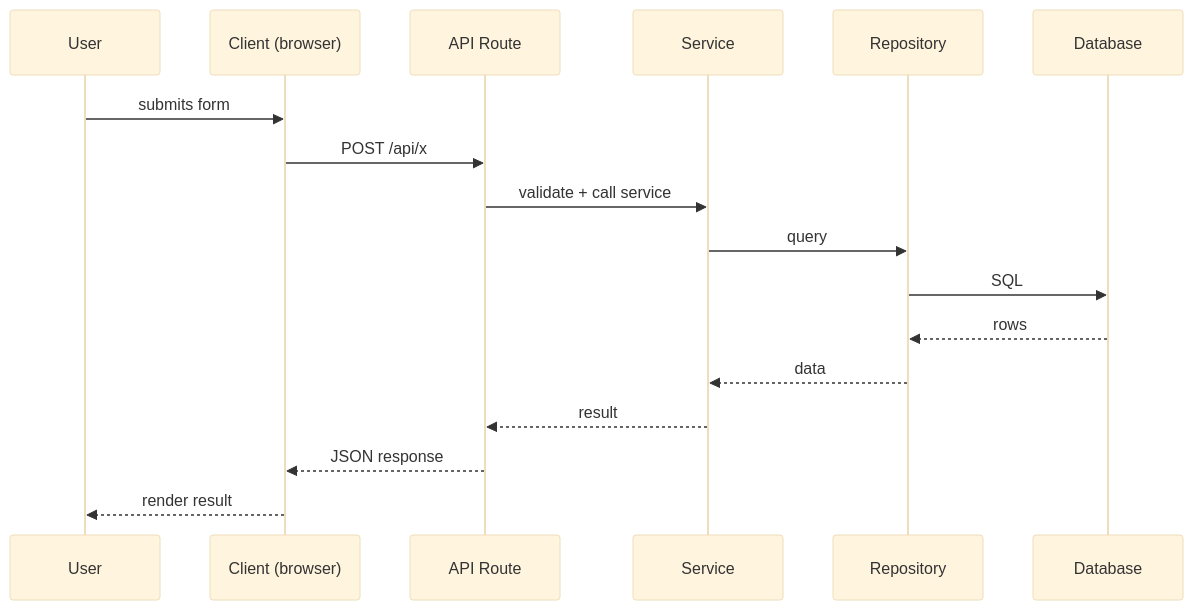
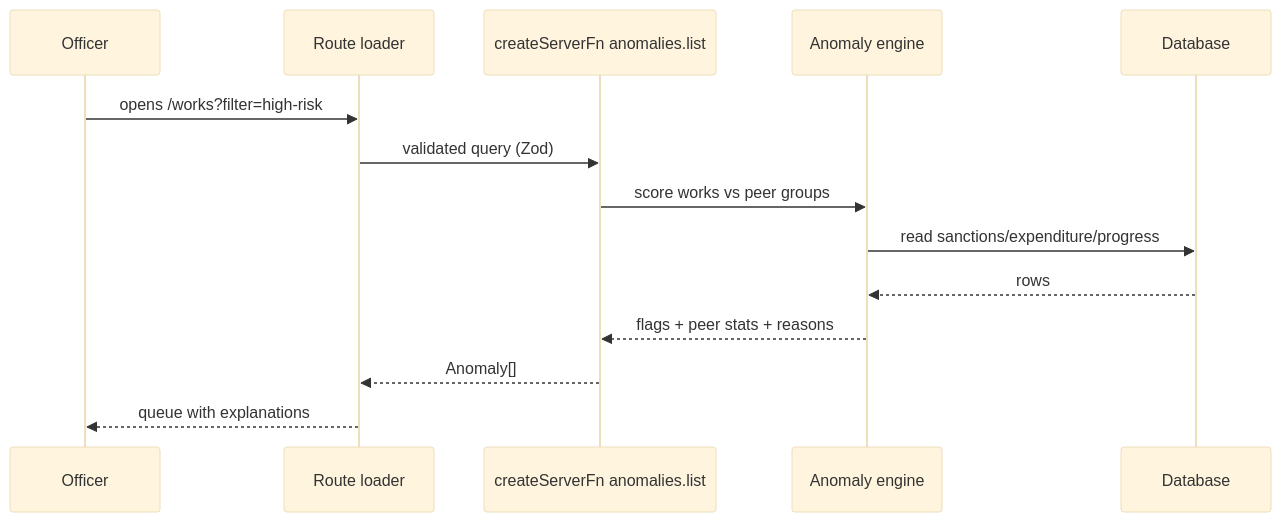
The fifth of 5 diagrams in context/flow.md (tarunsa918/26102), drawn with Mermaid (base theme) before and after one commit. The commit also changed other lines of this file and 15 other files, not shown here.

````diff
--- a/context/flow.md
+++ b/context/flow.md
@@ -69,20 +76,16 @@
 ```mermaid
 sequenceDiagram
-    participant U as User
-    participant C as Client (browser)
-    participant A as API Route
-    participant S as Service
-    participant R as Repository
+    participant U as Officer
+    participant R as Route loader
+    participant S as createServerFn anomalies.list
+    participant E as Anomaly engine
     participant D as Database
-
-    U->>C: submits form
-    C->>A: POST /api/x
-    A->>S: validate + call service
-    S->>R: query
-    R->>D: SQL
-    D-->>R: rows
-    R-->>S: data
-    S-->>A: result
-    A-->>C: JSON response
-    C-->>U: render result
+    U->>R: opens /works?filter=high-risk
+    R->>S: validated query (Zod)
+    S->>E: score works vs peer groups
+    E->>D: read sanctions/expenditure/progress
+    D-->>E: rows
+    E-->>S: flags + peer stats + reasons
+    S-->>R: Anomaly[]
+    R-->>U: queue with explanations
 ```
````
